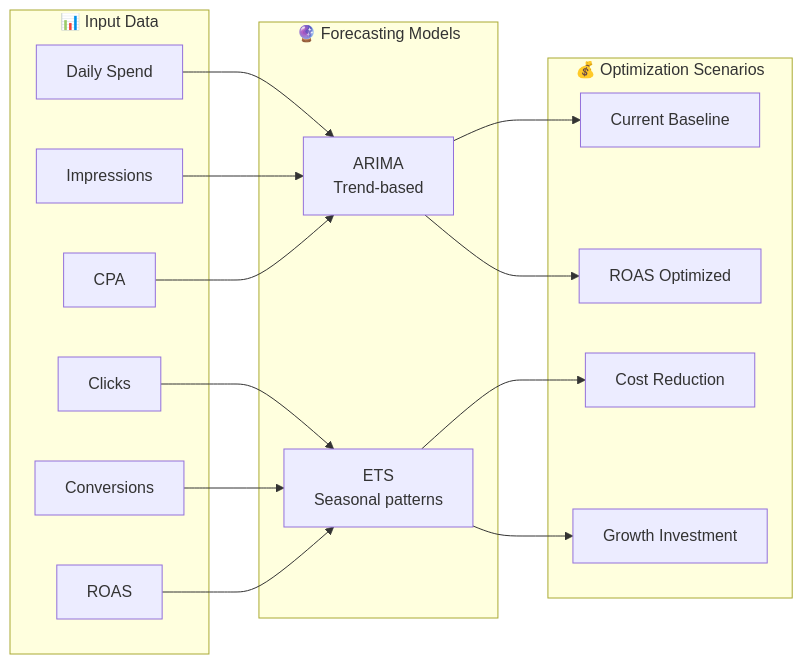
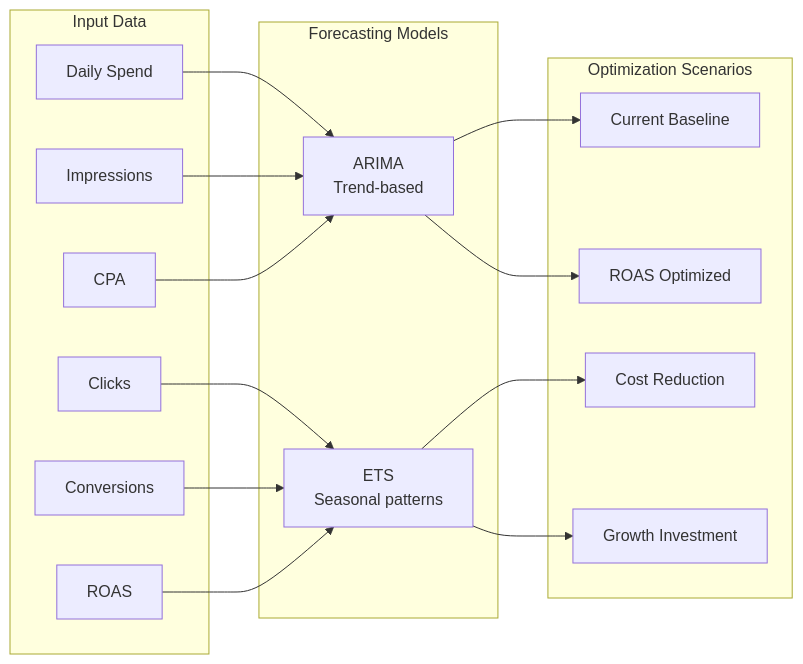
One commit to asadadnan11/kpi-forecasting-for-media-campaigns changed the third of 3 diagrams in README.md. Above: the diagram before and after it, drawn with Mermaid. The commit also changed other lines of this file and 1 other file, not shown here.

````diff
--- a/README.md
+++ b/README.md
@@ -96,35 +96,35 @@
 ```mermaid
 graph LR
-    subgraph "📊 Input Data"
+    subgraph "Input Data"
         A1["Daily Spend"]
         A2["Impressions"]
         A3["Clicks"]
         A4["Conversions"]
         A5["CPA"]
         A6["ROAS"]
     end
     
-    subgraph "🔮 Forecasting Models"
+    subgraph "Forecasting Models"
         B1["ARIMA<br/>Trend-based"]
         B2["ETS<br/>Seasonal patterns"]
     end
     
-    subgraph "💰 Optimization Scenarios"
+    subgraph "Optimization Scenarios"
         C1["Current Baseline"]
         C2["ROAS Optimized"]
         C3["Cost Reduction"]
         C4["Growth Investment"]
     end
     
     A1 --> B1
     A2 --> B1
     A3 --> B2
     A4 --> B2
     A5 --> B1
     A6 --> B2
     
     B1 --> C1
     B1 --> C2
     B2 --> C3
     B2 --> C4
 ```
````
